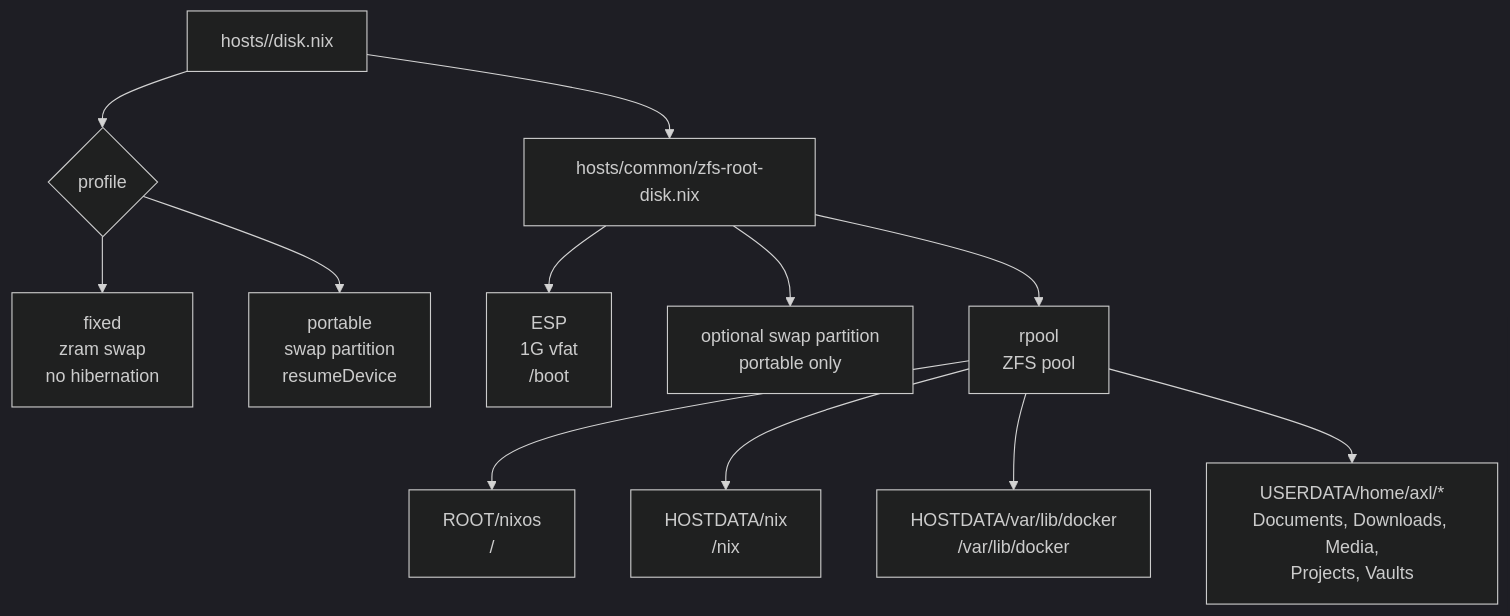
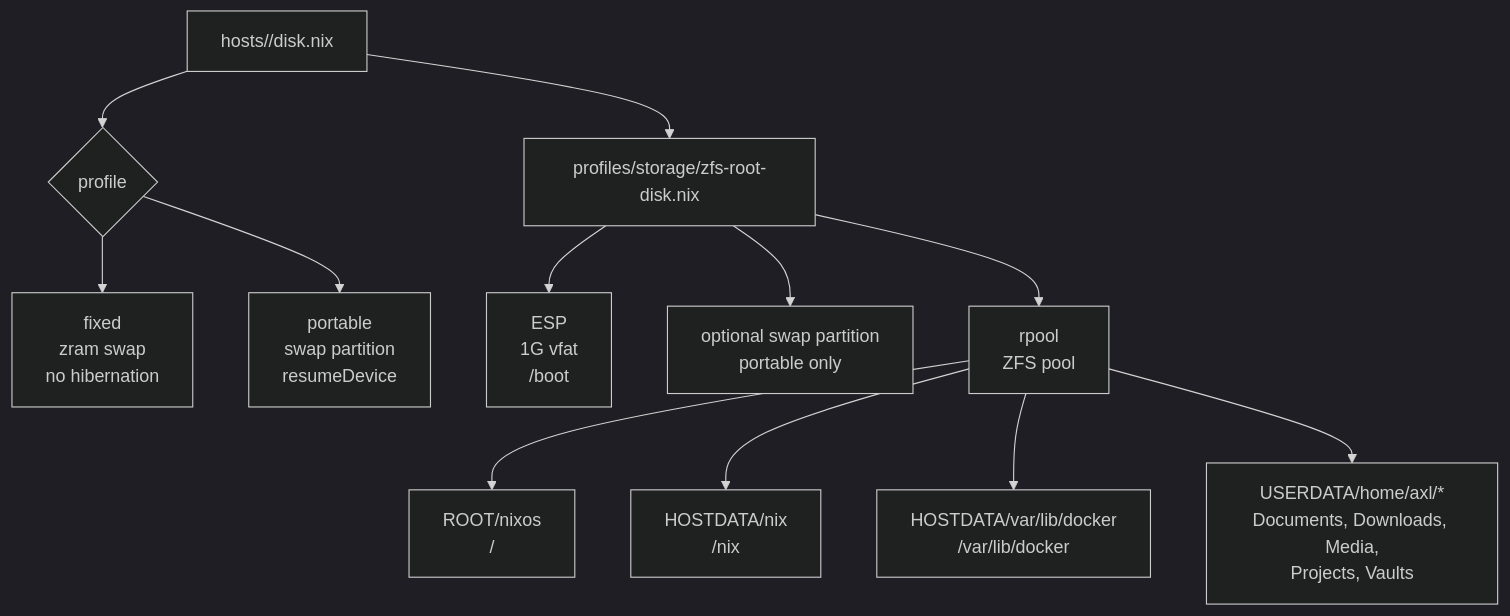
Before and after one commit to axler8r/nixotic: the fourth of 8 diagrams in docs/workstation-configuration-route.md, drawn with Mermaid (dark theme). The commit also changed other lines of this file and 5 other files, not shown here.

First line of the commit message:
docs(host): describe profiles/ layout and mkHost role injection

````diff
--- a/docs/workstation-configuration-route.md
+++ b/docs/workstation-configuration-route.md
@@ -193,28 +207,28 @@
 ```mermaid
 flowchart TD
     DiskNix["hosts/<hostname>/disk.nix"]
-    SharedLayout["hosts/common/zfs-root-disk.nix"]
+    SharedLayout["profiles/storage/zfs-root-disk.nix"]
     Profile{"profile"}
     Fixed["fixed\nzram swap\nno hibernation"]
     Portable["portable\nswap partition\nresumeDevice"]
 
     ESP["ESP\n1G vfat\n/boot"]
     Swap["optional swap partition\nportable only"]
     Rpool["rpool\nZFS pool"]
     Root["ROOT/nixos\n/"]
     Nix["HOSTDATA/nix\n/nix"]
     Docker["HOSTDATA/var/lib/docker\n/var/lib/docker"]
     UserData["USERDATA/home/axl/*\nDocuments, Downloads, Media,\nProjects, Vaults"]
 
     DiskNix --> SharedLayout
     DiskNix --> Profile
     Profile --> Fixed
     Profile --> Portable
     SharedLayout --> ESP
     SharedLayout --> Swap
     SharedLayout --> Rpool
     Rpool --> Root
     Rpool --> Nix
     Rpool --> Docker
     Rpool --> UserData
 ```
````
